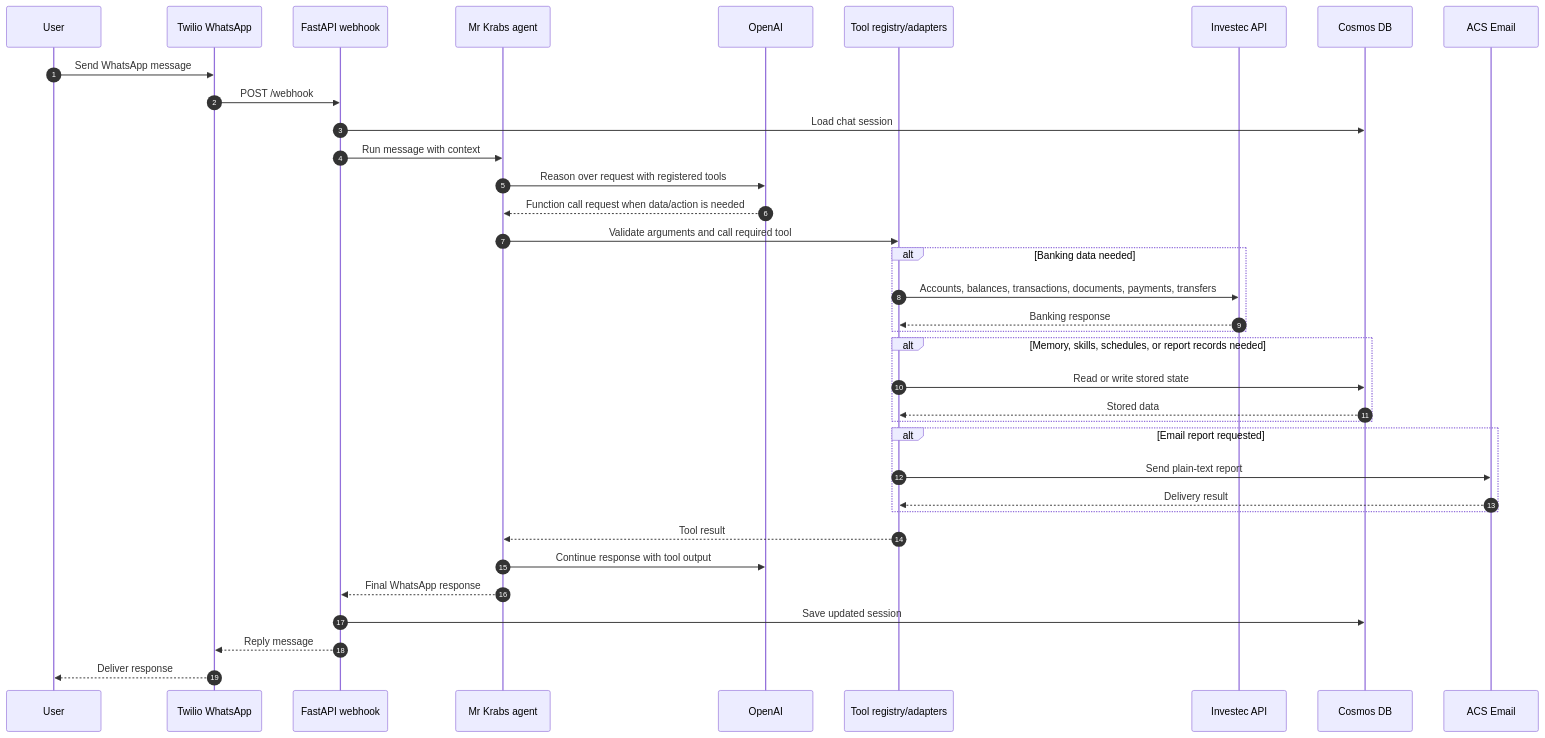
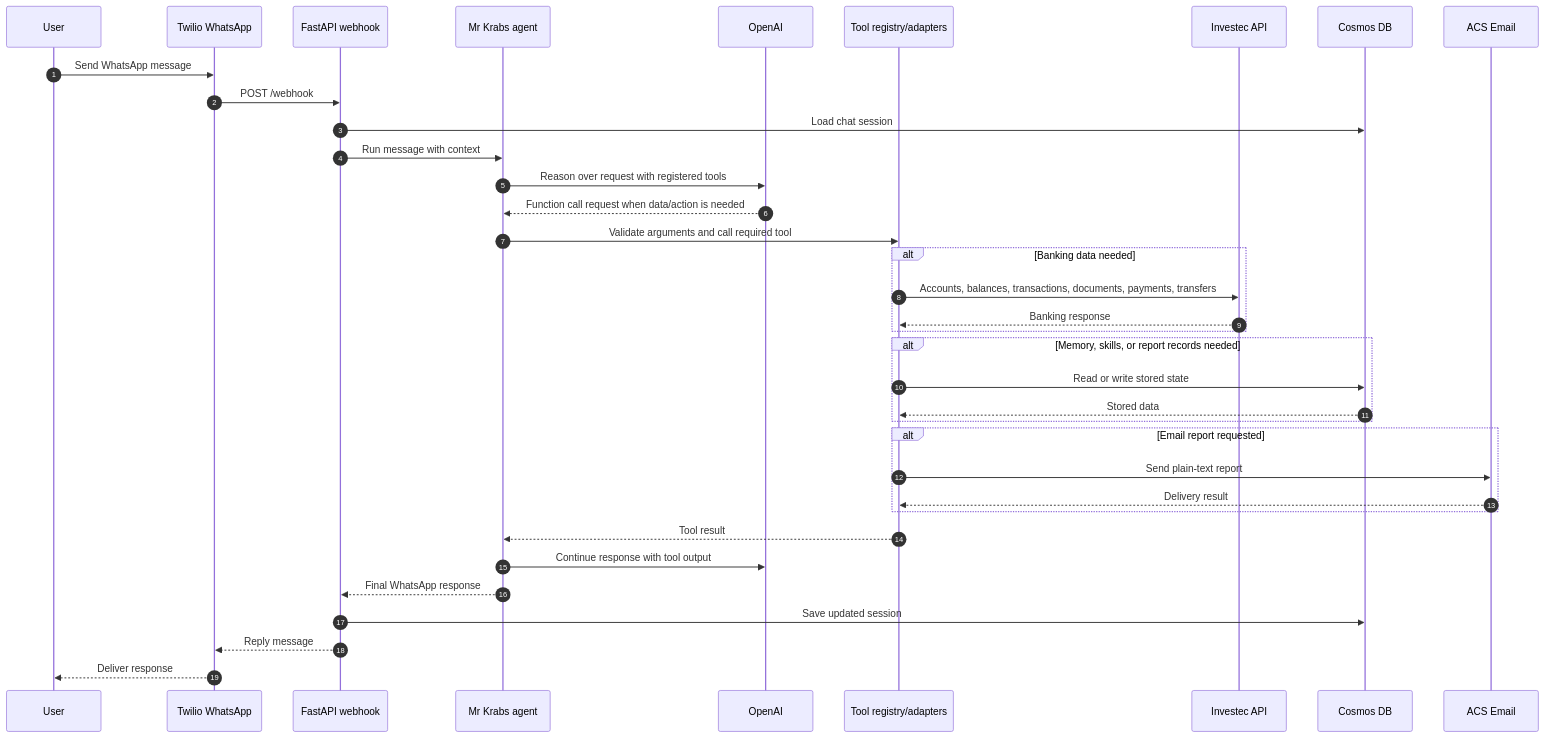
The second of 2 diagrams in docs/solution-diagram.md (tjabane/tjabane.agent.julius), drawn with Mermaid before and after one commit. The commit also changed other lines of this file and 10 other files, not shown here.

````diff
--- a/docs/solution-diagram.md
+++ b/docs/solution-diagram.md
@@ -74,39 +69,39 @@
 ```mermaid
 sequenceDiagram
     autonumber
     participant User
     participant Twilio as Twilio WhatsApp
     participant API as FastAPI webhook
     participant Agent as Mr Krabs agent
     participant OpenAI
     participant Tools as Tool registry/adapters
     participant Investec as Investec API
     participant Cosmos as Cosmos DB
     participant Email as ACS Email
 
     User->>Twilio: Send WhatsApp message
     Twilio->>API: POST /webhook
     API->>Cosmos: Load chat session
     API->>Agent: Run message with context
     Agent->>OpenAI: Reason over request with registered tools
     OpenAI-->>Agent: Function call request when data/action is needed
     Agent->>Tools: Validate arguments and call required tool
     alt Banking data needed
         Tools->>Investec: Accounts, balances, transactions, documents, payments, transfers
         Investec-->>Tools: Banking response
     end
-    alt Memory, skills, schedules, or report records needed
+    alt Memory, skills, or report records needed
         Tools->>Cosmos: Read or write stored state
         Cosmos-->>Tools: Stored data
     end
     alt Email report requested
         Tools->>Email: Send plain-text report
         Email-->>Tools: Delivery result
     end
     Tools-->>Agent: Tool result
     Agent->>OpenAI: Continue response with tool output
     Agent-->>API: Final WhatsApp response
     API->>Cosmos: Save updated session
     API-->>Twilio: Reply message
     Twilio-->>User: Deliver response
 ```
````
